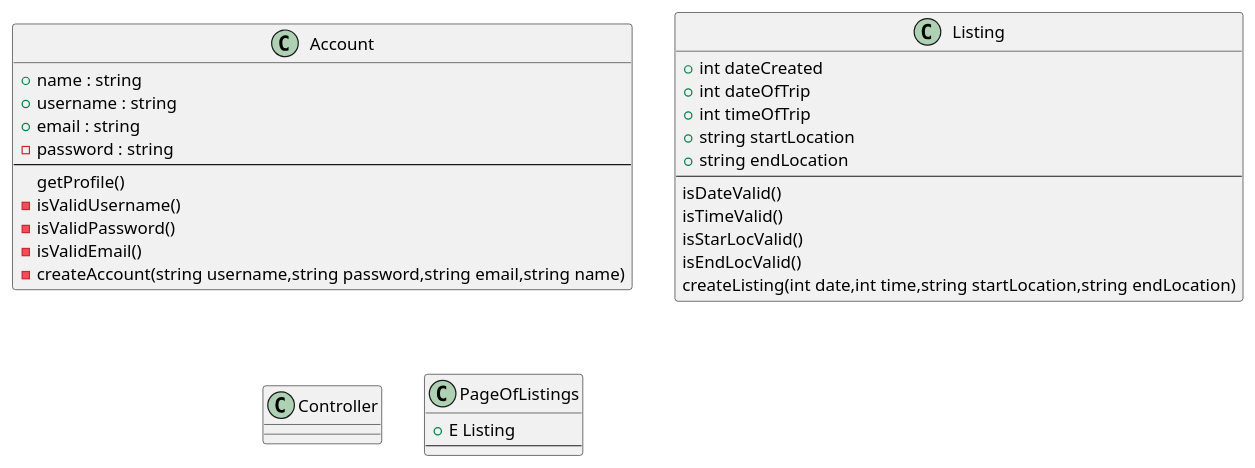
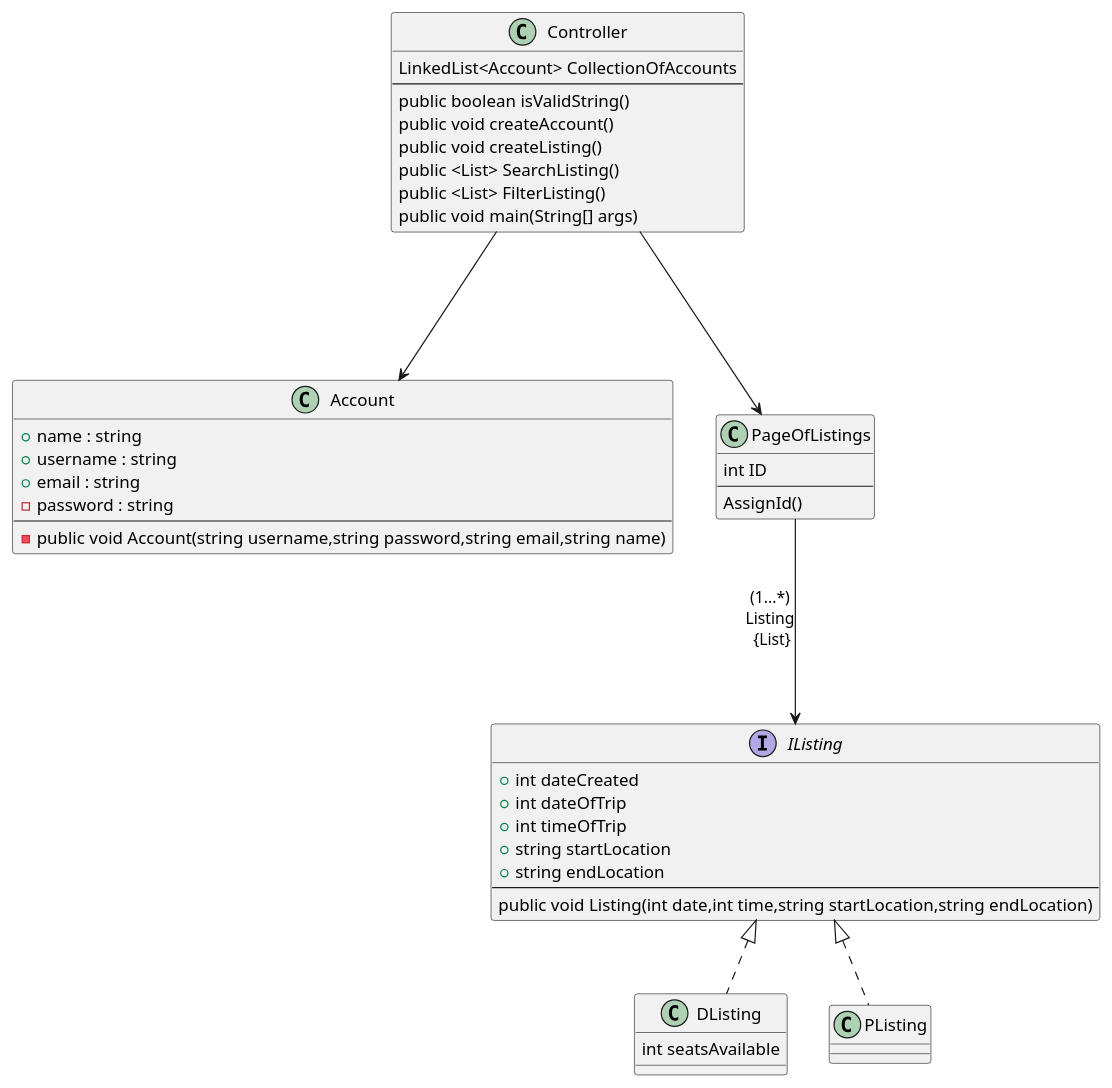
Before and after one commit to PriyaMulla/Carpool-Connect-VC: the fifth of 5 diagrams in doc/design.md, drawn with PlantUML. The commit also changed other lines of this file, not shown here.

Commit message:
Edited class diagram

````diff
--- a/doc/design.md
+++ b/doc/design.md
@@ -171,37 +171,55 @@
 ```plantuml
 @startuml
 
 class Account{
 +name : string
 +username : string
 +email : string
 -password : string
 --
-getProfile()
--isValidUsername()
--isValidPassword()
--isValidEmail()
--createAccount(string username,string password,string email,string name)
+-public void Account(string username,string password,string email,string name)
 }
 
-class Listing{
+interface IListing{
 +int dateCreated
 +int dateOfTrip
 +int timeOfTrip
 +string startLocation
 +string endLocation
 --
-isDateValid()
-isTimeValid()
-isStarLocValid()
-isEndLocValid()
-createListing(int date,int time,string startLocation,string endLocation)
+public void Listing(int date,int time,string startLocation,string endLocation)
+}
+class DListing{
+int seatsAvailable
+}
+class PListing{
+
 }
 class Controller{
+LinkedList<Account> CollectionOfAccounts 
+--
+public boolean isValidString()
+public void createAccount()
+public void createListing()
+public <List> SearchListing()
+public <List> FilterListing()
+public void main(String[] args)
 }
 class PageOfListings{
-+ E Listing
+int ID
 --
+AssignId()
 }
+together {
+class Account
+class PageOfListings
+}
+'Association
+Controller ---> PageOfListings
+Controller ---> Account
+PageOfListings ---> "(1...*)\nListing\n {List}\n\n\n" IListing : \t\t\t
+IListing <|.. DListing
+IListing <|.. PListing
+Account -[hidden] PageOfListings
 @enduml
 ```
````
